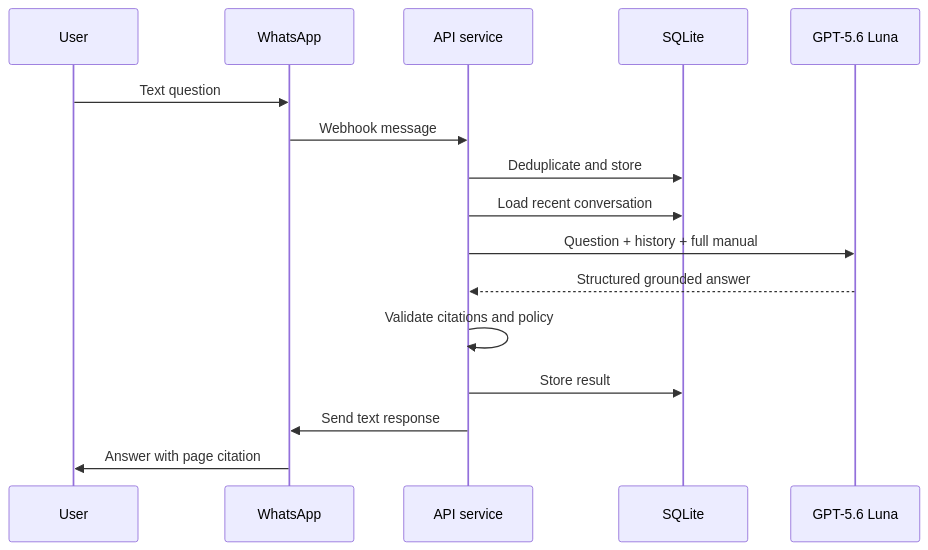
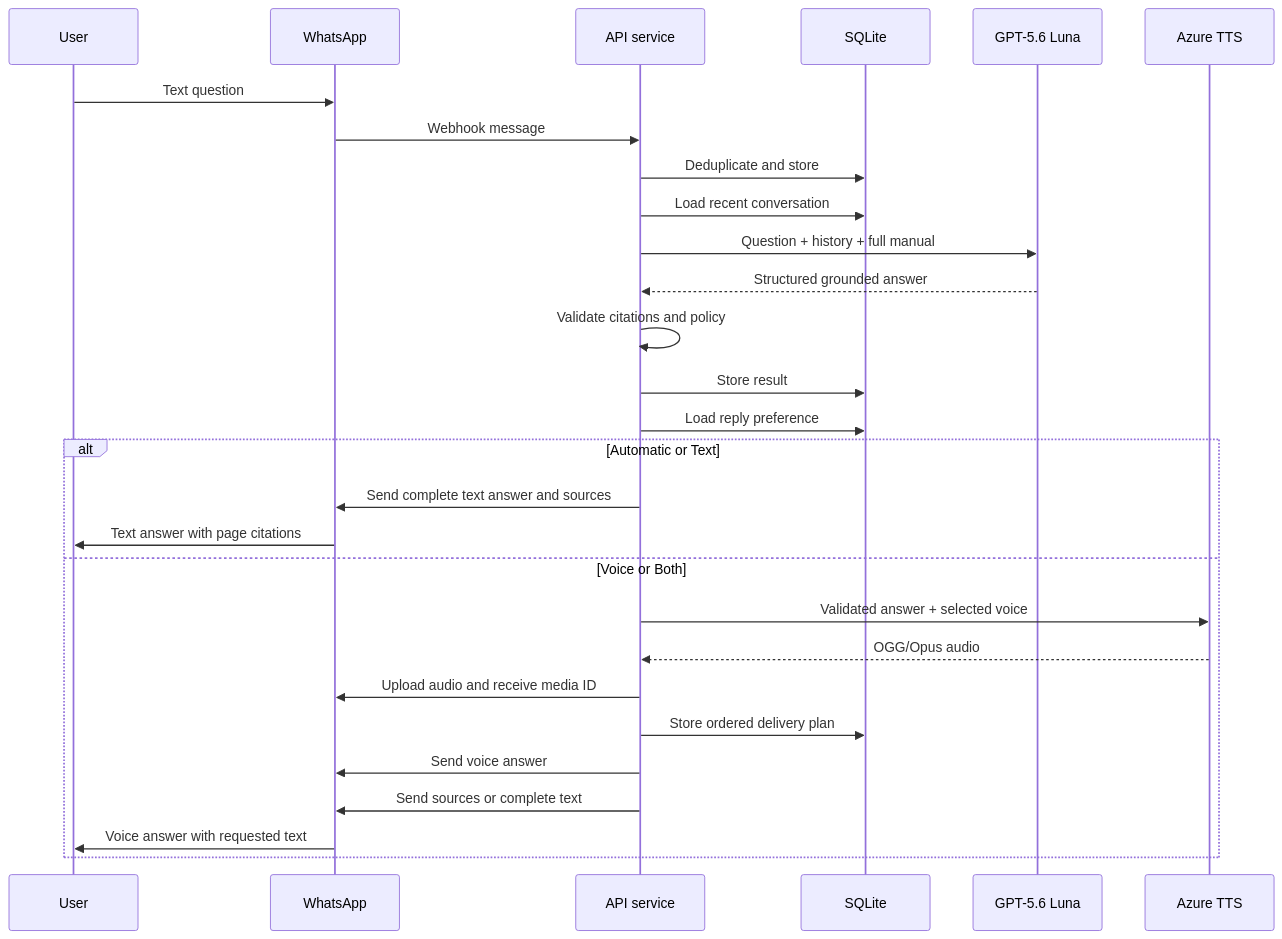
One commit to TheADHDTechie/SAGE changed the second of 5 diagrams in SOLUTION-DESIGN.md. Above: the diagram before and after it, drawn with Mermaid. The commit also changed other lines of this file and 1 other file, not shown here.

First line of the commit message:
docs: align multimodal flow diagrams

````diff
--- a/SOLUTION-DESIGN.md
+++ b/SOLUTION-DESIGN.md
@@ -507,19 +507,31 @@
 ```mermaid
 sequenceDiagram
     participant U as User
     participant W as WhatsApp
     participant A as API service
     participant D as SQLite
     participant L as GPT-5.6 Luna
+    participant S as Azure TTS
 
     U->>W: Text question
     W->>A: Webhook message
     A->>D: Deduplicate and store
     A->>D: Load recent conversation
     A->>L: Question + history + full manual
     L-->>A: Structured grounded answer
     A->>A: Validate citations and policy
     A->>D: Store result
-    A->>W: Send text response
-    W->>U: Answer with page citation
+    A->>D: Load reply preference
+    alt Automatic or Text
+        A->>W: Send complete text answer and sources
+        W->>U: Text answer with page citations
+    else Voice or Both
+        A->>S: Validated answer + selected voice
+        S-->>A: OGG/Opus audio
+        A->>W: Upload audio and receive media ID
+        A->>D: Store ordered delivery plan
+        A->>W: Send voice answer
+        A->>W: Send sources or complete text
+        W->>U: Voice answer with requested text
+    end
 ```
````
